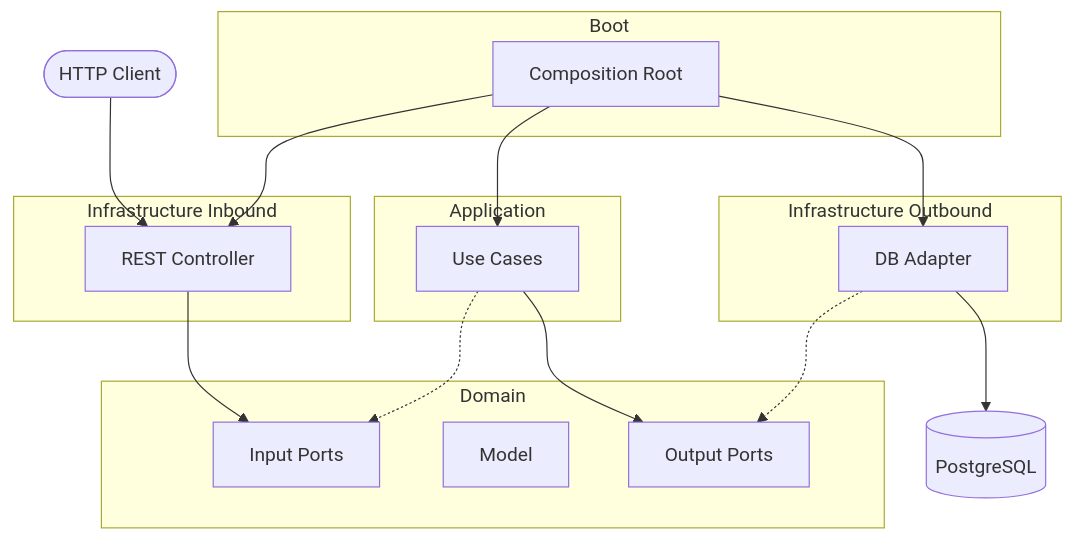
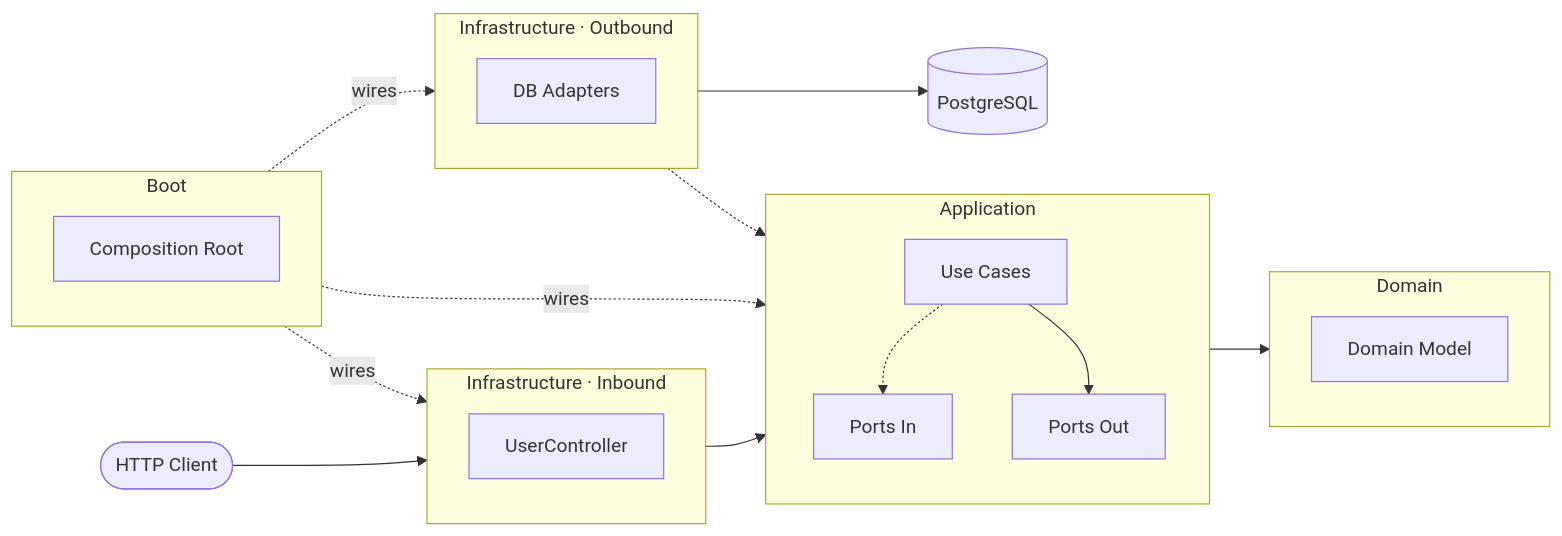
Before and after one commit to dmosquerad/Hexagonal-BE: the diagram in README.md, drawn with Mermaid. The commit also changed other lines of this file and 117 other files, not shown here.

Commit message:
feat: add email vo and adapt architecture

````diff
--- a/README.md
+++ b/README.md
@@ -37,38 +44,46 @@
 ```mermaid
-flowchart TD
+flowchart LR
     Client([HTTP Client])
+    POSTGRES[(PostgreSQL)]
 
-    subgraph INBOUND[Infrastructure Inbound]
-        REST[REST Controller]
+    subgraph INBOUND["Infrastructure · Inbound"]
+        direction TB
+        REST[UserController]
     end
 
-    subgraph DOMAIN[Domain]
-        IN_PORT[Input Ports]
-        MODEL[Model]
-        OUT_PORT[Output Ports]
+    subgraph APP["Application"]
+        direction TB
+        IN_PORT[Ports In]
+        UC[Use Cases]
+        OUT_PORT[Ports Out]
     end
 
-    subgraph APP[Application]
-        UC[Use Cases]
+    subgraph DOMAIN["Domain"]
+        direction TB
+        MODEL[Domain Model]
     end
 
-    subgraph OUTBOUND[Infrastructure Outbound]
-        DB[DB Adapter]
+    subgraph OUTBOUND["Infrastructure · Outbound"]
+        direction TB
+        DB[DB Adapters]
     end
 
-    subgraph BOOT[Boot]
+    APP ~~~ DOMAIN
+
+    subgraph BOOT["Boot"]
+        direction TB
         COMP[Composition Root]
     end
-
-    POSTGRES[(PostgreSQL)]
 
     Client --> REST
     REST --> IN_PORT
     UC -.-> IN_PORT
+    UC --> MODEL
     UC --> OUT_PORT
     DB -.-> OUT_PORT
     DB --> POSTGRES
-    COMP --> REST
-    COMP --> UC
-    COMP --> DB
+
+    COMP -.wires.-> REST
+    COMP -.wires.-> UC
+    COMP -.wires.-> DB
 ```
````
